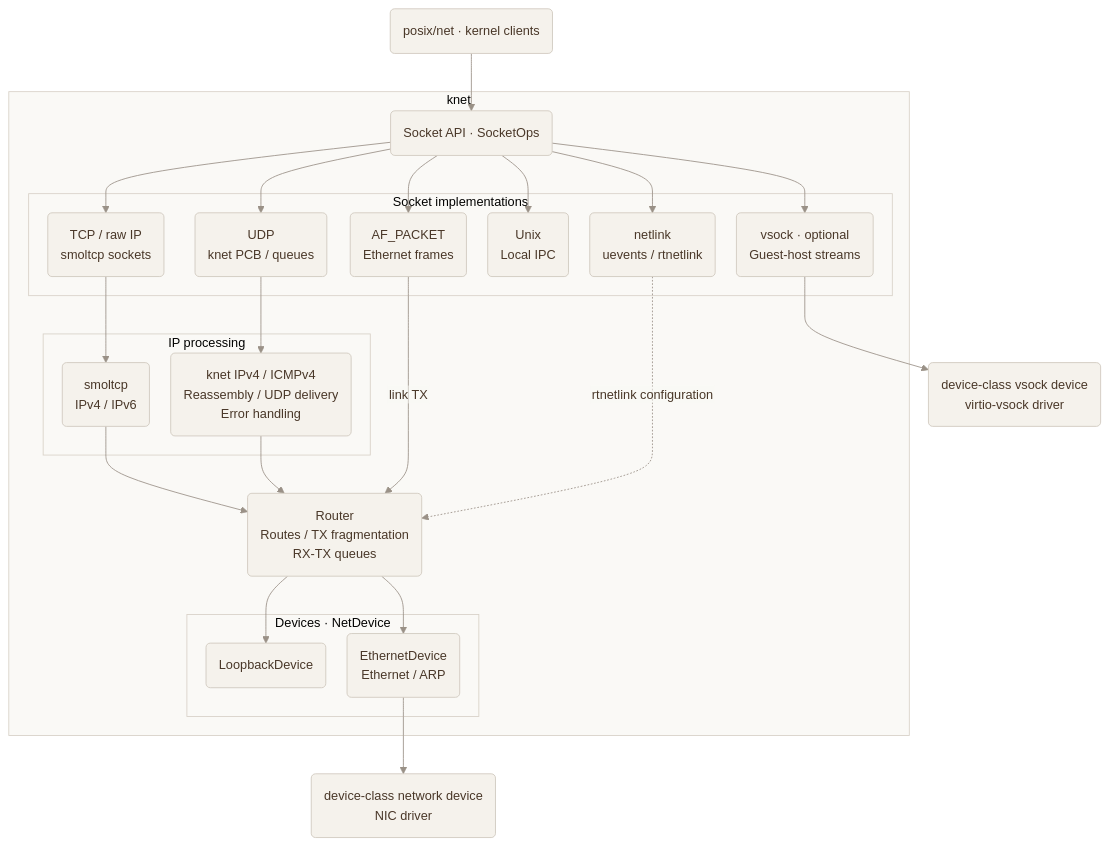
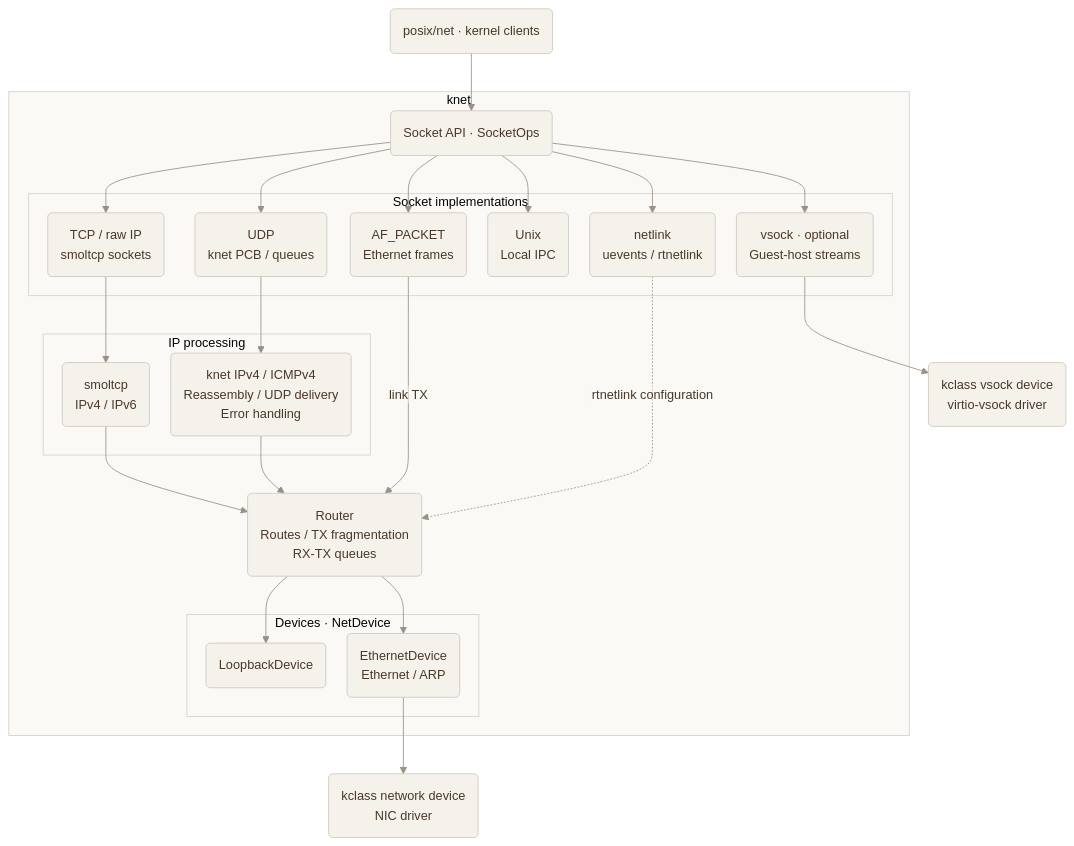
The first of 5 diagrams in net/knet/docs/design.md (edidada/x-kernel), drawn with Mermaid before and after one commit. The commit also changed other lines of this file and 4 other files, not shown here.

````diff
--- a/net/knet/docs/design.md
+++ b/net/knet/docs/design.md
@@ -121,82 +121,82 @@
 ```mermaid
 %%{init: {
   "theme": "base",
   "flowchart": {
     "htmlLabels": false,
     "curve": "basis",
     "nodeSpacing": 25,
     "rankSpacing": 45
   },
   "themeVariables": {
     "fontFamily": "\"Trebuchet MS\", Verdana, Arial, sans-serif",
     "fontSize": "15px",
     "primaryColor": "#F5F2EC",
     "primaryTextColor": "#493728",
     "primaryBorderColor": "#CFC8BD",
     "lineColor": "#9A9187",
     "clusterBkg": "#FAF9F6",
     "clusterBorder": "#D8D1C7",
     "edgeLabelBackground": "#FAF9F6",
     "textColor": "#493728",
     "nodeTextColor": "#493728",
     "clusterTextColor": "#493728"
   },
   "themeCSS": ".edgeLabel rect, .edgeLabel .labelBkg, .edgeLabel .background { fill: #FAF9F6 !important; stroke: none !important; } .edgeLabel, .edgeLabel p, .edgeLabel span { background-color: #FAF9F6 !important; color: #493728 !important; } .edgeLabel text, .cluster-label text { fill: #493728 !important; stroke: none !important; } .cluster rect { rx: 8px; ry: 8px; }"
 }}%%
 flowchart TB
     CALLER("posix/net · kernel clients")
 
     subgraph KNET["knet"]
         API("Socket API · SocketOps")
 
         subgraph SOCKETS["Socket implementations"]
             TCP("TCP / raw IP
 smoltcp sockets")
             UDP("UDP
 knet PCB / queues")
             PACKET("AF_PACKET
 Ethernet frames")
             UNIX("Unix
 Local IPC")
             NETLINK("netlink
 uevents / rtnetlink")
             VSOCK("vsock · optional
 Guest-host streams")
         end
 
         subgraph IP["IP processing"]
             SMOL("smoltcp
 IPv4 / IPv6")
             IPV4("knet IPv4 / ICMPv4
 Reassembly / UDP delivery
 Error handling")
         end
 
         ROUTER("Router
 Routes / TX fragmentation
 RX-TX queues")
 
         subgraph DEVICE["Devices · NetDevice"]
             LOOP("LoopbackDevice")
             ETH("EthernetDevice
 Ethernet / ARP")
         end
     end
 
-    NIC("device-class network device
+    NIC("kclass network device
 NIC driver")
-    VIRTIO("device-class vsock device
+    VIRTIO("kclass vsock device
 virtio-vsock driver")
 
     CALLER --> API
     API --> TCP & UDP & PACKET & UNIX & NETLINK & VSOCK
     TCP --> SMOL
     UDP --> IPV4
     SMOL --> ROUTER
     IPV4 --> ROUTER
     PACKET -->|link TX| ROUTER
     NETLINK -.->|rtnetlink configuration| ROUTER
     ROUTER --> LOOP & ETH
     ETH --> NIC
     VSOCK --> VIRTIO
 ```
````
